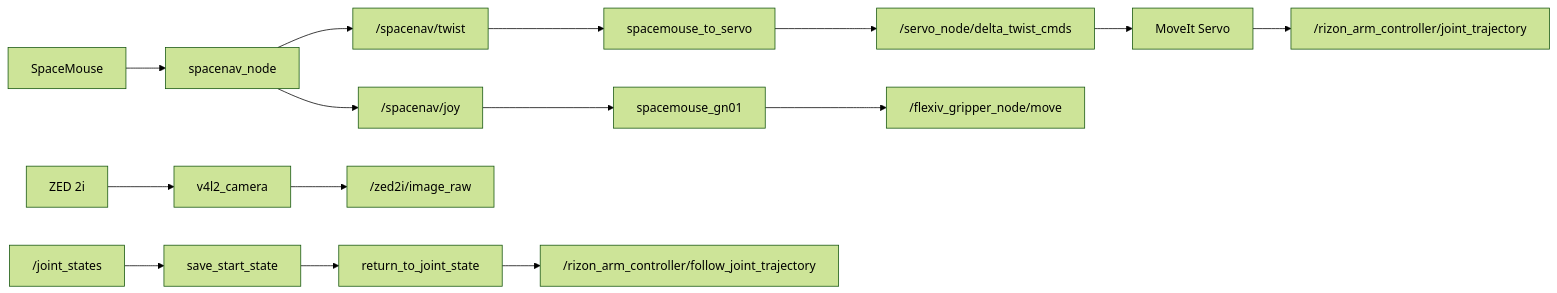
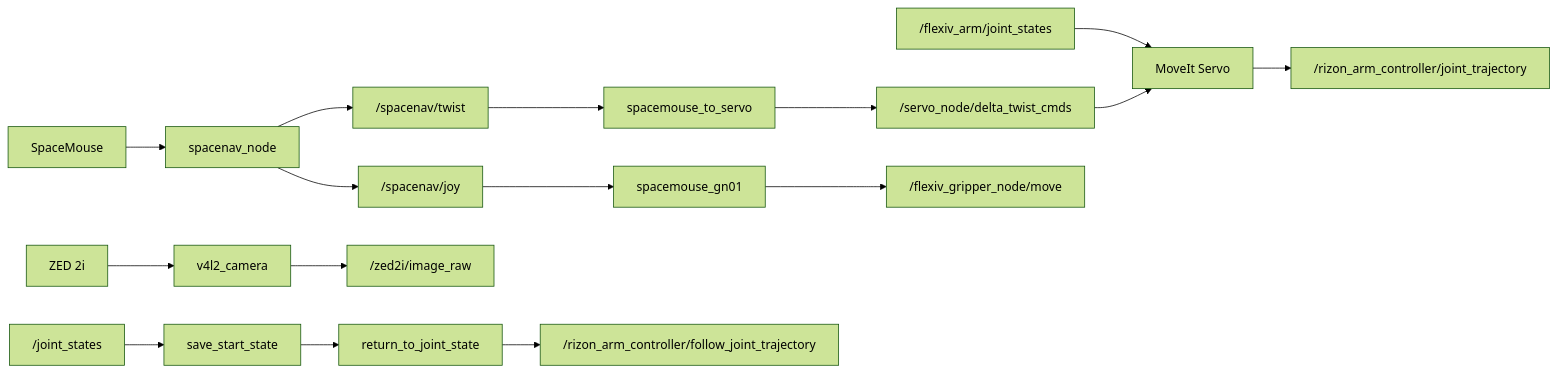
One commit to ZihaoLu001/flexiv-spacemouse-teleop changed the diagram in README.md. Above: the diagram before and after it, drawn with Mermaid (forest theme). The commit also changed other lines of this file and 5 other files, not shown here.

Commit message:
Use high-rate Flexiv state for Servo teleop

````diff
--- a/README.md
+++ b/README.md
@@ -167,17 +177,18 @@
 ```mermaid
 flowchart LR
   sm["SpaceMouse"] --> spn["spacenav_node"]
   spn --> twist["/spacenav/twist"]
   spn --> joy["/spacenav/joy"]
   twist --> bridge["spacemouse_to_servo"]
   bridge --> servoTopic["/servo_node/delta_twist_cmds"]
+  fastState["/flexiv_arm/joint_states"] --> servo
   servoTopic --> servo["MoveIt Servo"]
   servo --> traj["/rizon_arm_controller/joint_trajectory"]
   joy --> grip["spacemouse_gn01"]
   grip --> action["/flexiv_gripper_node/move"]
   zed["ZED 2i"] --> cam["v4l2_camera"]
   cam --> image["/zed2i/image_raw"]
   js["/joint_states"] --> save["save_start_state"]
   save --> restore["return_to_joint_state"]
   restore --> controller["/rizon_arm_controller/follow_joint_trajectory"]
 ```
````
